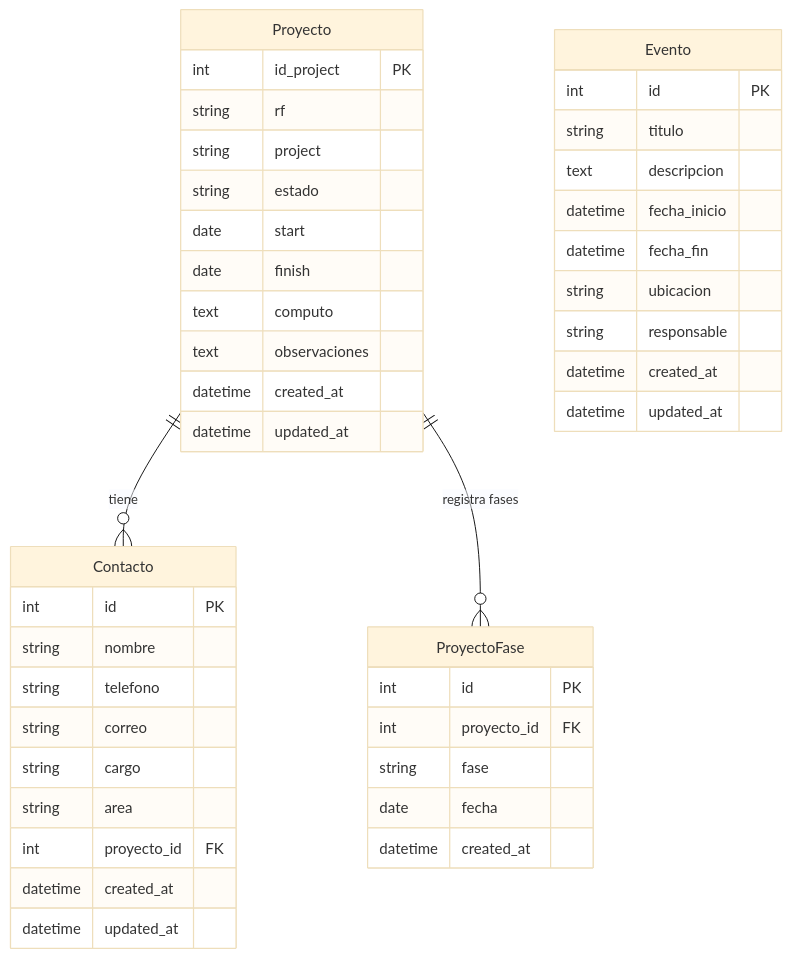
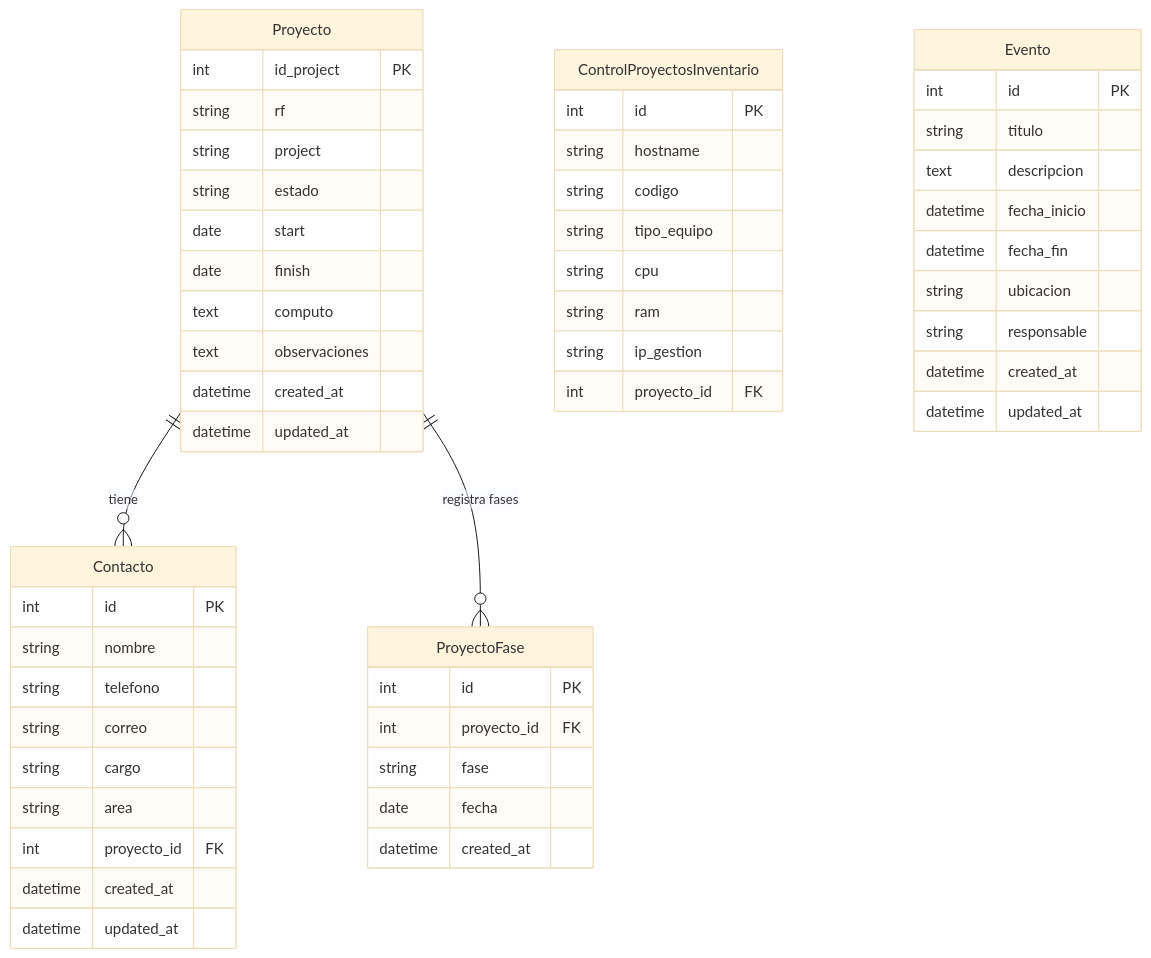
The diagram in README.md (juveinar/proyecto_control), drawn with Mermaid (base theme) before and after one commit. The commit also changed other lines of this file and 13 other files, not shown here.

Commit message:
ordenar *.md en /docs, creacion FLUJO_LOGICO en  diagrama mermaid

````diff
--- a/README.md
+++ b/README.md
@@ -304,46 +339,56 @@
 ```mermaid
 erDiagram
     Proyecto ||--o{ Contacto : "tiene"
     Proyecto ||--o{ ProyectoFase : "registra fases"
     Proyecto {
         int id_project PK
         string rf
         string project
         string estado
         date start
         date finish
         text computo
         text observaciones
         datetime created_at
         datetime updated_at
     }
     Contacto {
         int id PK
         string nombre
         string telefono
         string correo
         string cargo
         string area
         int proyecto_id FK
         datetime created_at
         datetime updated_at
     }
     ProyectoFase {
         int id PK
         int proyecto_id FK
         string fase
         date fecha
         datetime created_at
     }
+    ControlProyectosInventario {
+        int id PK
+        string hostname
+        string codigo
+        string tipo_equipo
+        string cpu
+        string ram
+        string ip_gestion
+        int proyecto_id FK
+    }
     Evento {
         int id PK
         string titulo
         text descripcion
         datetime fecha_inicio
         datetime fecha_fin
         string ubicacion
         string responsable
         datetime created_at
         datetime updated_at
     }
 ```
````
